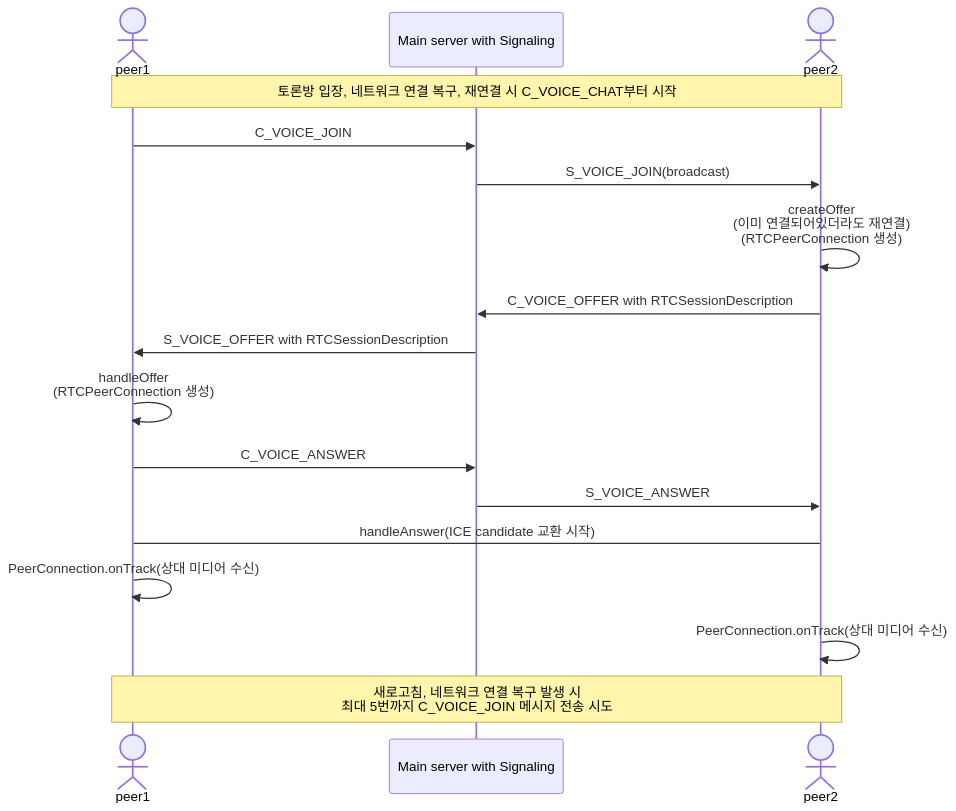
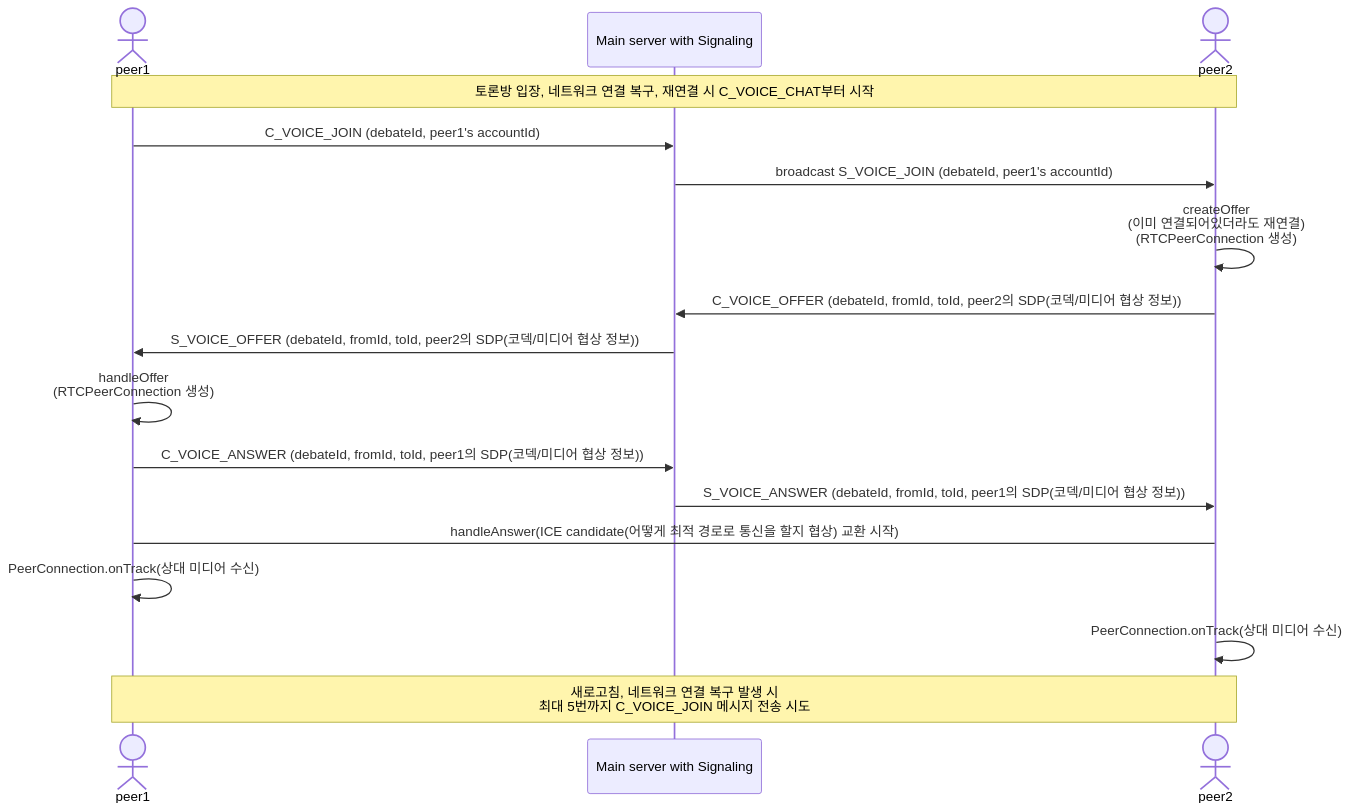
The diagram in README.md (hjch0211/book-talk), drawn with Mermaid before and after one commit.

Commit message:
docs: fix voice chat flow

````diff
--- a/README.md
+++ b/README.md
@@ -85,21 +85,21 @@
 ```mermaid
 sequenceDiagram
 	actor p1 as peer1
 	participant s as Main server with Signaling
 	actor p2 as peer2
 	
 	note over p1, p2: 토론방 입장, 네트워크 연결 복구, 재연결 시 C_VOICE_CHAT부터 시작
-	p1->>s: C_VOICE_JOIN
-	s->>p2: S_VOICE_JOIN(broadcast)
+	p1->>s: C_VOICE_JOIN (debateId, peer1's accountId)
+	s->>p2: broadcast S_VOICE_JOIN (debateId, peer1's accountId)
 	p2->>p2: createOffer<br/>(이미 연결되어있더라도 재연결)<br/>(RTCPeerConnection 생성)
-	p2->>s: C_VOICE_OFFER with RTCSessionDescription
-	s->>p1: S_VOICE_OFFER with RTCSessionDescription
+	p2->>s: C_VOICE_OFFER (debateId, fromId, toId, peer2의 SDP(코덱/미디어 협상 정보))
+	s->>p1: S_VOICE_OFFER (debateId, fromId, toId, peer2의 SDP(코덱/미디어 협상 정보))
 	p1->>p1: handleOffer<br/>(RTCPeerConnection 생성)
-	p1->>s: C_VOICE_ANSWER
-	s->>p2: S_VOICE_ANSWER
-	p1->p2: handleAnswer(ICE candidate 교환 시작)
+	p1->>s: C_VOICE_ANSWER (debateId, fromId, toId, peer1의 SDP(코덱/미디어 협상 정보))
+	s->>p2: S_VOICE_ANSWER (debateId, fromId, toId, peer1의 SDP(코덱/미디어 협상 정보))
+	p1->p2: handleAnswer(ICE candidate(어떻게 최적 경로로 통신을 할지 협상) 교환 시작)
 	p1->>p1: PeerConnection.onTrack(상대 미디어 수신)
 	p2->>p2: PeerConnection.onTrack(상대 미디어 수신)
 	
 	note over p1, p2: 새로고침, 네트워크 연결 복구 발생 시<br/>최대 5번까지 C_VOICE_JOIN 메시지 전송 시도
 ```
````
